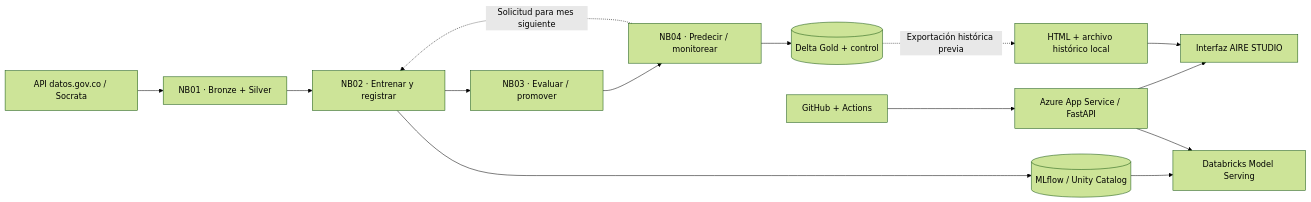
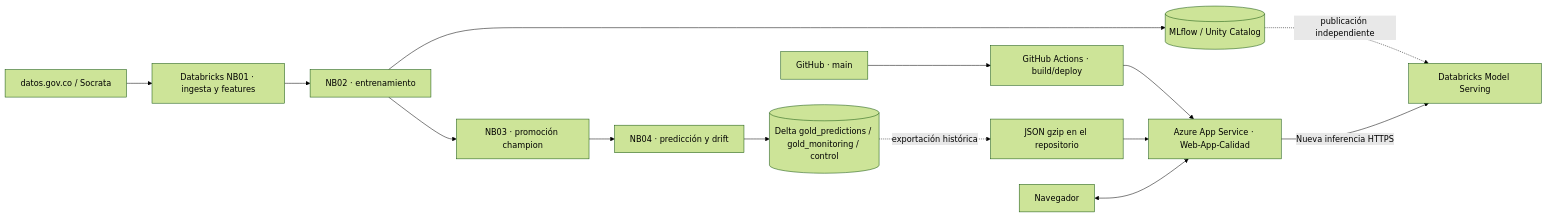
One commit to Fred-0606/MLOPS_Calidad_aire changed the diagram in README.md. Above: the diagram before and after it, drawn with Mermaid (forest theme). The commit also changed other lines of this file and 8 other files, not shown here.

````diff
--- a/README.md
+++ b/README.md
@@ -37,16 +41,16 @@
 ```mermaid
 flowchart LR
-    A[API datos.gov.co / Socrata] --> B[NB01 · Bronze + Silver]
-    B --> C[NB02 · Entrenar y registrar]
-    C --> D[NB03 · Evaluar / promover]
-    D --> E[NB04 · Predecir / monitorear]
-    E --> F[(Delta Gold + control)]
-    E -. Solicitud para mes siguiente .-> C
-    C --> G[(MLflow / Unity Catalog)]
-    G --> H[Databricks Model Serving]
-    I[GitHub + Actions] --> J[Azure App Service / FastAPI]
-    J --> H
-    J --> K[Interfaz AIRE STUDIO]
-    F -. Exportación histórica previa .-> L[HTML + archivo histórico local]
-    L --> K
+    Fuente["datos.gov.co / Socrata"] --> NB1["Databricks NB01 · ingesta y features"]
+    NB1 --> NB2["NB02 · entrenamiento"]
+    NB2 --> NB3["NB03 · promoción champion"]
+    NB3 --> NB4["NB04 · predicción y drift"]
+    NB4 --> Delta[(Delta gold_predictions / gold_monitoring / control)]
+    NB2 --> ML[(MLflow / Unity Catalog)]
+    ML -. "publicación independiente" .-> Serving["Databricks Model Serving"]
+    Delta -. "exportación histórica" .-> Datos["JSON gzip en el repositorio"]
+    GitHub["GitHub · main"] --> Actions["GitHub Actions · build/deploy"]
+    Actions --> Azure["Azure App Service · Web-App-Calidad"]
+    Datos --> Azure
+    Usuario["Navegador"] <--> Azure
+    Azure -- "Nueva inferencia HTTPS" --> Serving
 ```
````
